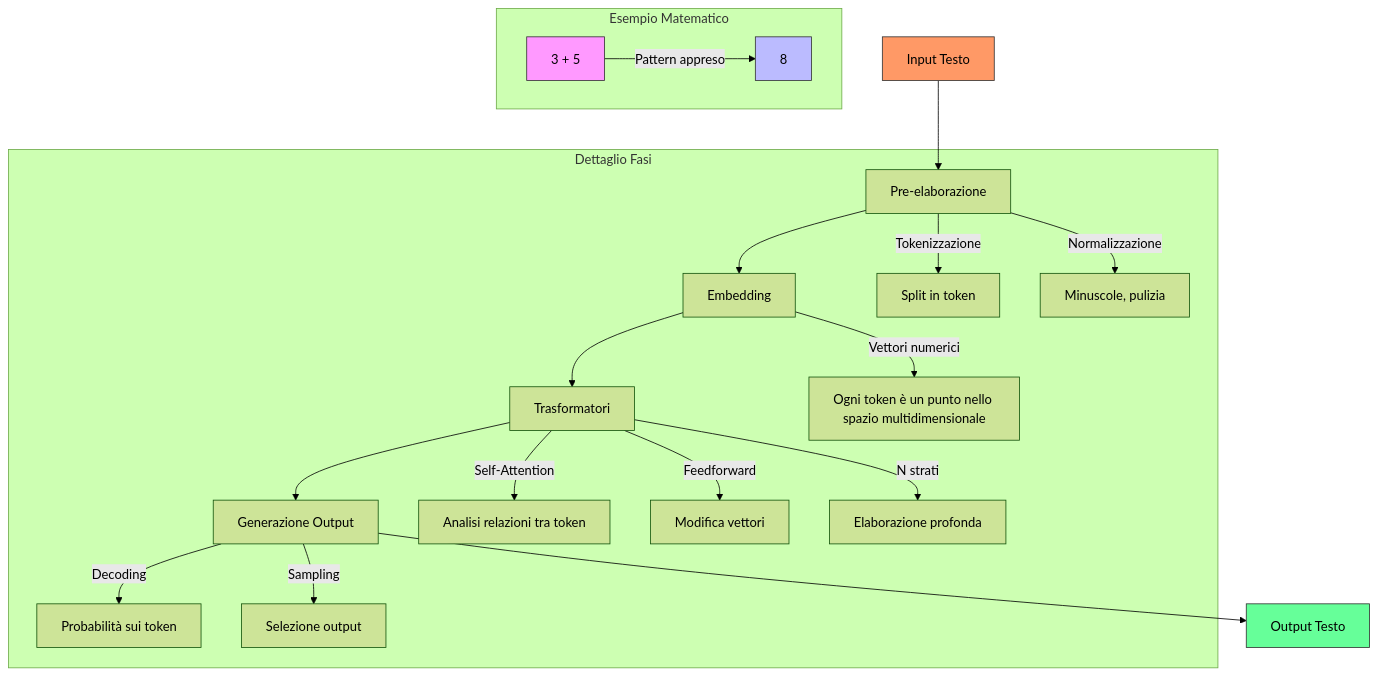
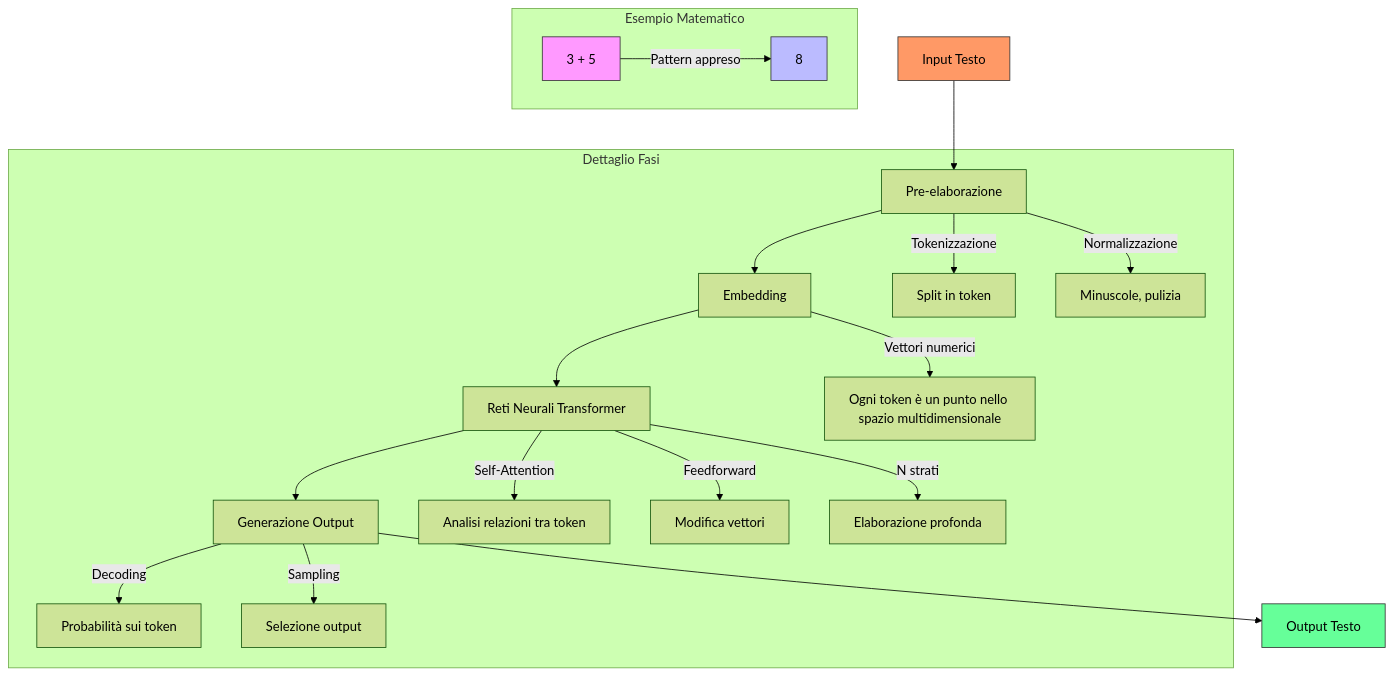
The diagram in docs/llm/graph_llm.md (campionl/dl), drawn with Mermaid (forest theme) before and after one commit.

````diff
--- a/docs/llm/graph_llm.md
+++ b/docs/llm/graph_llm.md
@@ -1,31 +1,31 @@
 ```mermaid
     flowchart TD
     A[Input Testo] --> B[Pre-elaborazione]
     B --> C[Embedding]
-    C --> D[Trasformatori]
+    C --> D[Reti Neurali Transformer]
     D --> E[Generazione Output]
     E --> F[Output Testo]
 
     subgraph "Dettaglio Fasi"
     B -->|Tokenizzazione| B1[Split in token]
     B -->|Normalizzazione| B2[Minuscole, pulizia]
     
     C -->|Vettori numerici| C1[Ogni token è un punto nello spazio multidimensionale]
     
     D -->|Self-Attention| D1[Analisi relazioni tra token]
     D -->|Feedforward| D2[Modifica vettori]
     D -->|N strati| D3[Elaborazione profonda]
     
     E -->|Decoding| E1[Probabilità sui token]
     E -->|Sampling| E2[Selezione output]
     end
 
     subgraph "Esempio Matematico"
     G["3 + 5"] -->|Pattern appreso| H["8"]
     style G fill:#f9f,stroke:#333
     style H fill:#bbf,stroke:#333
     end
 
     style A fill:#f96,stroke:#333
     style F fill:#6f9,stroke:#333
 ```
````
